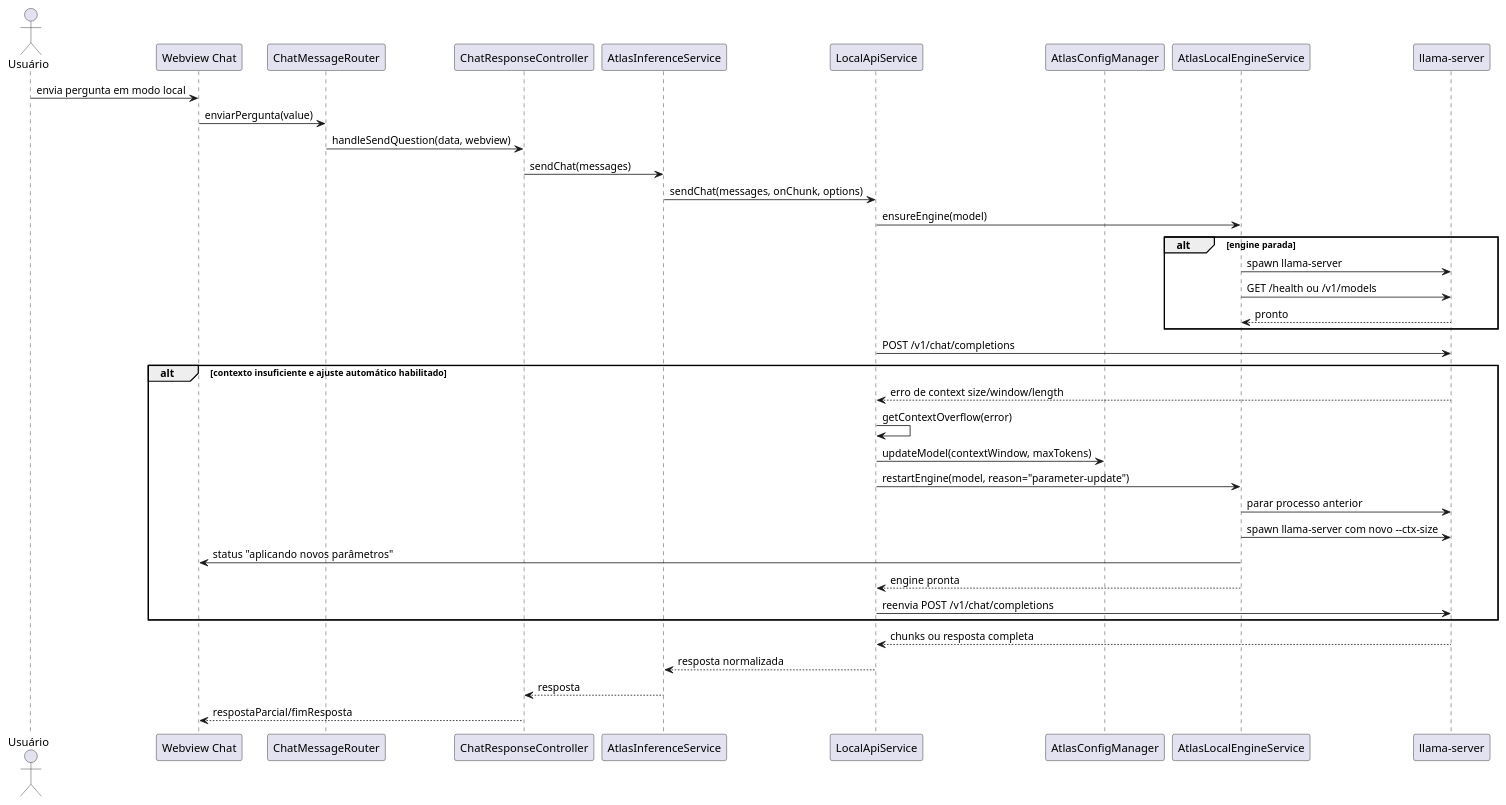
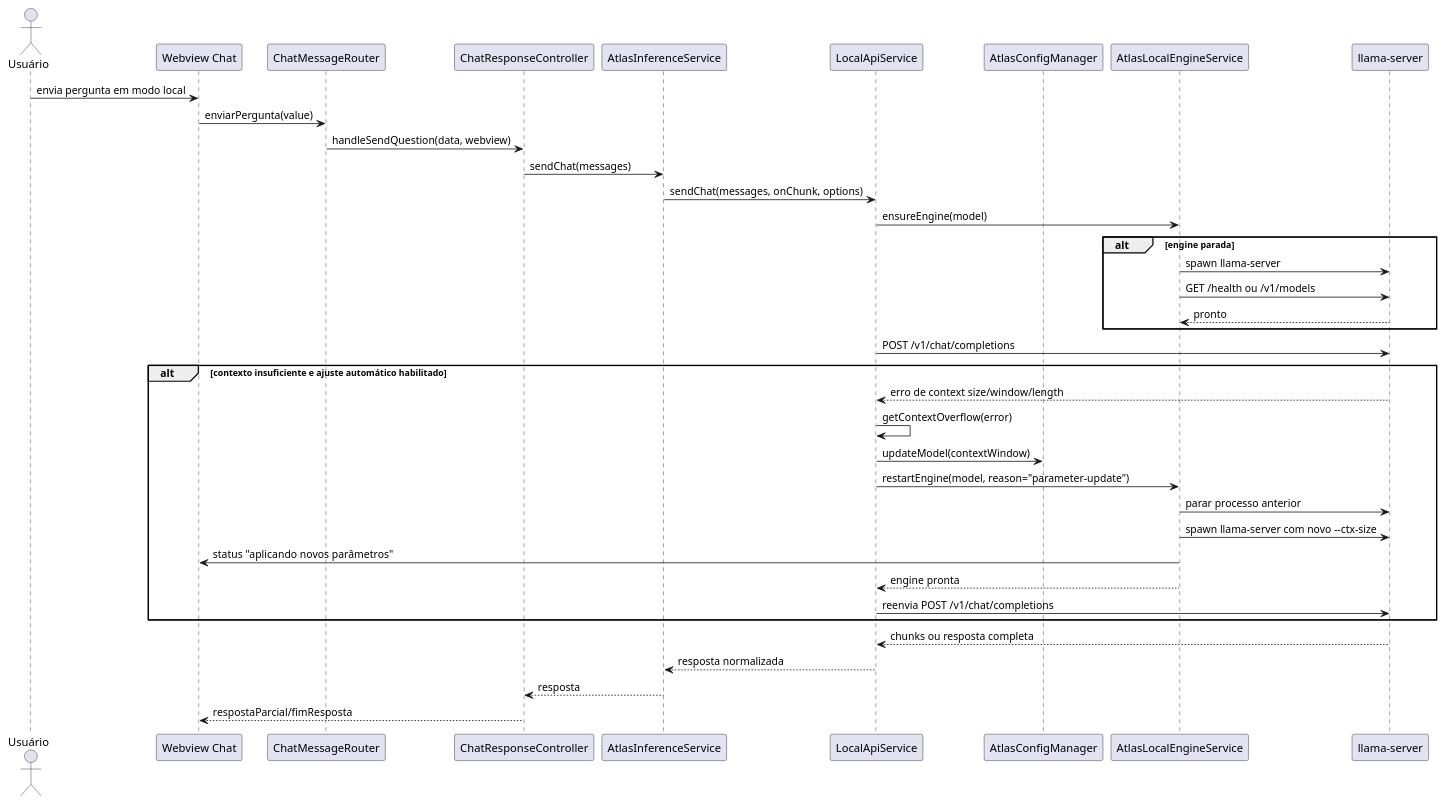
Diagram 28 of 40 in docs/plantuml-diagramas-por-caso-de-uso-atlas.md (JVictorVI/ATLAS), drawn with PlantUML before and after one commit. The commit also changed other lines of this file and 22 other files, not shown here.

````diff
--- a/docs/plantuml-diagramas-por-caso-de-uso-atlas.md
+++ b/docs/plantuml-diagramas-por-caso-de-uso-atlas.md
@@ -977,42 +977,42 @@
 ```plantuml
 @startuml
 skinparam shadowing false
 actor Usuário
 participant "Webview Chat" as Webview
 participant ChatMessageRouter as Router
 participant ChatResponseController as Response
 participant AtlasInferenceService as Inference
 participant LocalApiService as LocalApi
 participant AtlasConfigManager as Config
 participant AtlasLocalEngineService as Engine
 participant "llama-server" as Llama
 
 Usuário -> Webview : envia pergunta em modo local
 Webview -> Router : enviarPergunta(value)
 Router -> Response : handleSendQuestion(data, webview)
 Response -> Inference : sendChat(messages)
 Inference -> LocalApi : sendChat(messages, onChunk, options)
 LocalApi -> Engine : ensureEngine(model)
 alt engine parada
   Engine -> Llama : spawn llama-server
   Engine -> Llama : GET /health ou /v1/models
   Llama --> Engine : pronto
 end
 LocalApi -> Llama : POST /v1/chat/completions
 alt contexto insuficiente e ajuste automático habilitado
   Llama --> LocalApi : erro de context size/window/length
   LocalApi -> LocalApi : getContextOverflow(error)
-  LocalApi -> Config : updateModel(contextWindow, maxTokens)
+  LocalApi -> Config : updateModel(contextWindow)
   LocalApi -> Engine : restartEngine(model, reason="parameter-update")
   Engine -> Llama : parar processo anterior
   Engine -> Llama : spawn llama-server com novo --ctx-size
   Engine -> Webview : status "aplicando novos parâmetros"
   Engine --> LocalApi : engine pronta
   LocalApi -> Llama : reenvia POST /v1/chat/completions
 end
 Llama --> LocalApi : chunks ou resposta completa
 LocalApi --> Inference : resposta normalizada
 Inference --> Response : resposta
 Response --> Webview : respostaParcial/fimResposta
 @enduml
 ```
````
